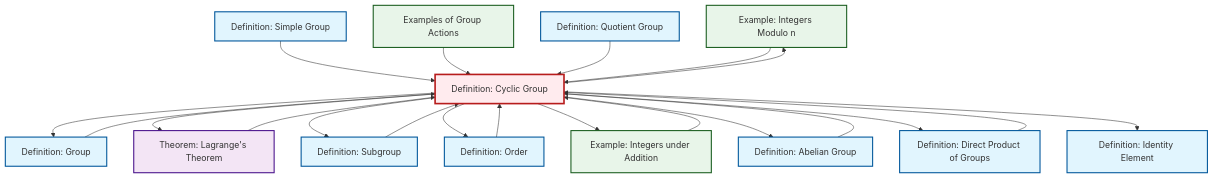
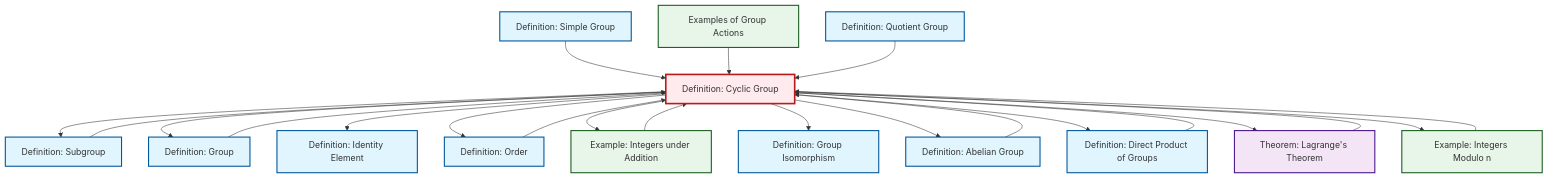
Before and after one commit to RK0429/ModernMath: the diagram in content/en/algebra/def-cyclic-group.qmd, drawn with Mermaid. The commit also changed other lines of this file and 581 other files, not shown here.

````diff
--- a/content/en/algebra/def-cyclic-group.qmd
+++ b/content/en/algebra/def-cyclic-group.qmd
@@ -100,55 +101,58 @@
 ```{mermaid}
 %%| fig-cap: "Local dependency graph"
 graph TD
     classDef definition fill:#e1f5fe,stroke:#01579b,stroke-width:2px
     classDef theorem fill:#f3e5f5,stroke:#4a148c,stroke-width:2px
     classDef axiom fill:#fff3e0,stroke:#e65100,stroke-width:2px
     classDef example fill:#e8f5e9,stroke:#1b5e20,stroke-width:2px
     classDef current fill:#ffebee,stroke:#b71c1c,stroke-width:3px
+    def-simple-group["Definition: Simple Group"]:::definition
+    def-subgroup["Definition: Subgroup"]:::definition
     ex-quotient-integers-mod-n["Example: Integers Modulo n"]:::example
-    def-group["Definition: Group"]:::definition
+    def-order["Definition: Order"]:::definition
+    def-quotient-group["Definition: Quotient Group"]:::definition
+    thm-lagrange["Theorem: Lagrange's Theorem"]:::theorem
+    def-abelian-group["Definition: Abelian Group"]:::definition
+    def-isomorphism["Definition: Group Isomorphism"]:::definition
     def-cyclic-group["Definition: Cyclic Group"]:::definition
-    thm-lagrange["Theorem: Lagrange's Theorem"]:::theorem
-    def-quotient-group["Definition: Quotient Group"]:::definition
-    def-subgroup["Definition: Subgroup"]:::definition
-    def-order["Definition: Order"]:::definition
-    def-simple-group["Definition: Simple Group"]:::definition
-    def-direct-product["Definition: Direct Product of Groups"]:::definition
     def-identity-element["Definition: Identity Element"]:::definition
     ex-integers-addition["Example: Integers under Addition"]:::example
-    def-abelian-group["Definition: Abelian Group"]:::definition
     ex-group-action-examples["Examples of Group Actions"]:::example
+    def-group["Definition: Group"]:::definition
+    def-direct-product["Definition: Direct Product of Groups"]:::definition
+    def-cyclic-group --> def-subgroup
+    ex-integers-addition --> def-cyclic-group
+    def-cyclic-group --> def-group
+    def-cyclic-group --> def-identity-element
     def-direct-product --> def-cyclic-group
+    def-cyclic-group --> def-order
+    def-group --> def-cyclic-group
+    def-cyclic-group --> ex-integers-addition
+    ex-quotient-integers-mod-n --> def-cyclic-group
+    def-abelian-group --> def-cyclic-group
+    def-cyclic-group --> def-isomorphism
+    def-cyclic-group --> def-abelian-group
+    def-cyclic-group --> def-direct-product
+    def-cyclic-group --> thm-lagrange
+    thm-lagrange --> def-cyclic-group
     def-simple-group --> def-cyclic-group
     def-order --> def-cyclic-group
-    def-group --> def-cyclic-group
-    def-cyclic-group --> def-group
+    def-cyclic-group --> ex-quotient-integers-mod-n
     ex-group-action-examples --> def-cyclic-group
-    def-cyclic-group --> thm-lagrange
-    def-cyclic-group --> def-subgroup
-    def-cyclic-group --> def-order
-    def-cyclic-group --> ex-integers-addition
-    def-cyclic-group --> def-abelian-group
+    def-subgroup --> def-cyclic-group
     def-quotient-group --> def-cyclic-group
-    def-abelian-group --> def-cyclic-group
-    ex-integers-addition --> def-cyclic-group
-    def-subgroup --> def-cyclic-group
-    def-cyclic-group --> def-direct-product
-    def-cyclic-group --> def-identity-element
-    def-cyclic-group --> ex-quotient-integers-mod-n
-    thm-lagrange --> def-cyclic-group
-    ex-quotient-integers-mod-n --> def-cyclic-group
     class def-cyclic-group current
+    click def-simple-group "def-simple-group.html" "Go to Simple Group definition"
+    click def-subgroup "def-subgroup.html" "Go to Subgroup definition"
     click ex-quotient-integers-mod-n "ex-quotient-integers-mod-n.html" "Go to Integers Modulo n example"
-    click def-group "def-group.html" "Go to Group definition"
+    click def-order "def-order.html" "Go to Order definition"
+    click def-quotient-group "def-quotient-group.html" "Go to Quotient Group definition"
     click thm-lagrange "thm-lagrange.html" "Go to Lagrange's Theorem theorem"
-    click def-quotient-group "def-quotient-group.html" "Go to Quotient Group definition"
-    click def-subgroup "def-subgroup.html" "Go to Subgroup definition"
-    click def-order "def-order.html" "Go to Order definition"
-    click def-simple-group "def-simple-group.html" "Go to Simple Group definition"
-    click def-direct-product "def-direct-product.html" "Go to Direct Product of Groups definition"
+    click def-abelian-group "def-abelian-group.html" "Go to Abelian Group definition"
+    click def-isomorphism "def-isomorphism.html" "Go to Group Isomorphism definition"
     click def-identity-element "def-identity-element.html" "Go to Identity Element definition"
     click ex-integers-addition "ex-integers-addition.html" "Go to Integers under Addition example"
-    click def-abelian-group "def-abelian-group.html" "Go to Abelian Group definition"
     click ex-group-action-examples "ex-group-action-examples.html" "Go to Examples of Group Actions"
+    click def-group "def-group.html" "Go to Group definition"
+    click def-direct-product "def-direct-product.html" "Go to Direct Product of Groups definition"
 ```
````
